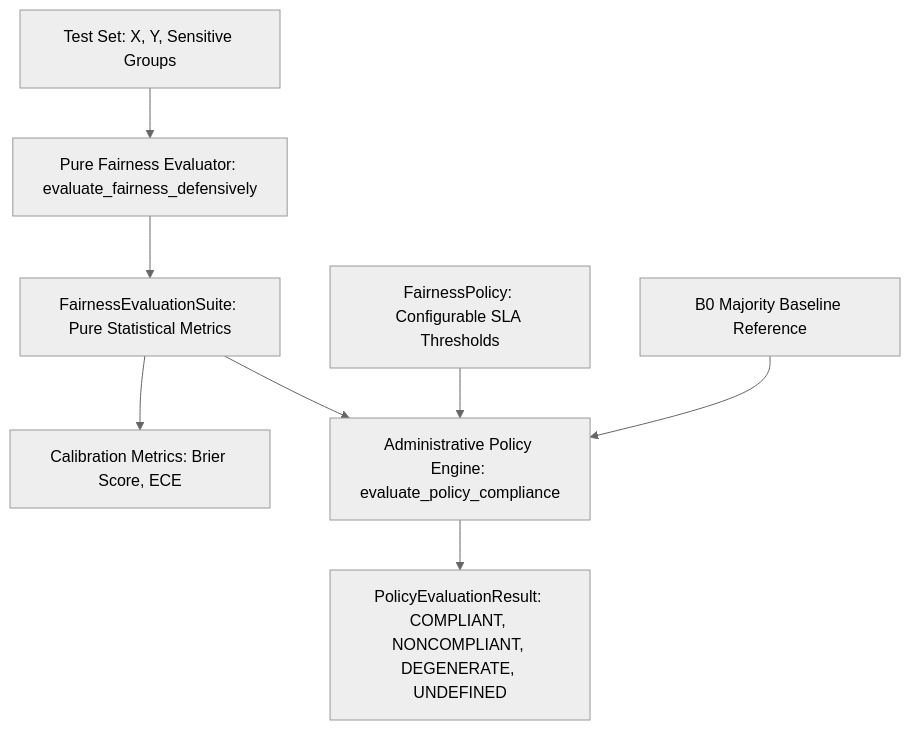
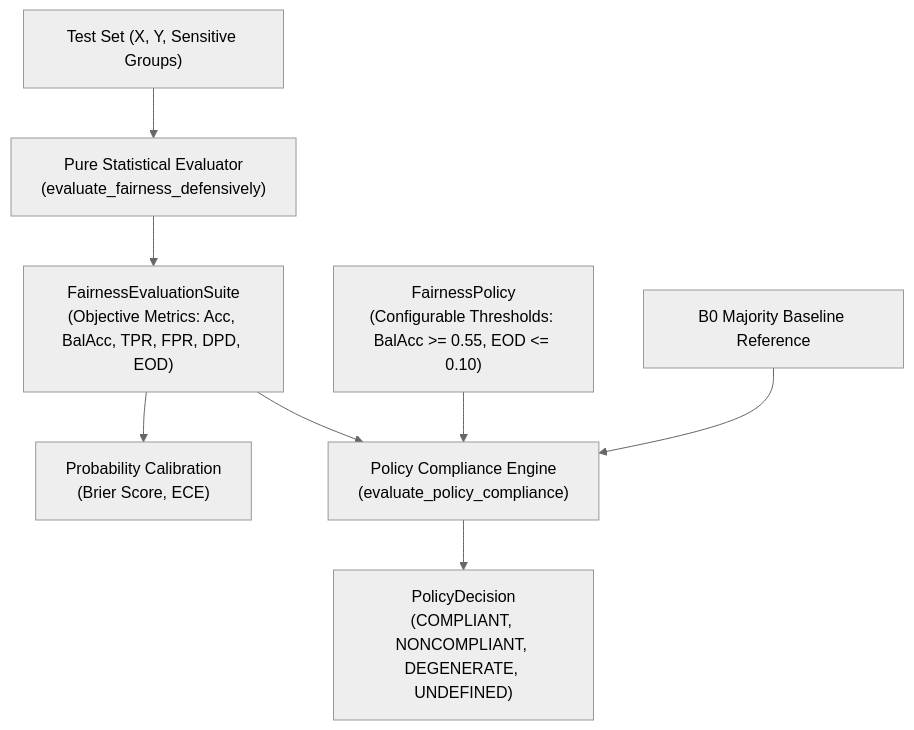
Before and after one commit to VaradaGovind/algorithmic-fairness-analysis: the diagram in docs/BENCHMARK_VALIDITY.md, drawn with Mermaid (neutral theme). The commit also changed other lines of this file and 14 other files, not shown here.

````diff
--- a/docs/BENCHMARK_VALIDITY.md
+++ b/docs/BENCHMARK_VALIDITY.md
@@ -55,10 +59,10 @@
 ```mermaid
 graph TD
-    Data[Test Set: X, Y, Sensitive Groups] --> Evaluator[Pure Fairness Evaluator: evaluate_fairness_defensively]
-    Evaluator --> Suite[FairnessEvaluationSuite: Pure Statistical Metrics]
-    Suite --> Calibration[Calibration Metrics: Brier Score, ECE]
-    Suite --> PolicyEngine[Administrative Policy Engine: evaluate_policy_compliance]
-    Policy[FairnessPolicy: Configurable SLA Thresholds] --> PolicyEngine
-    Baseline[B0 Majority Baseline Reference] --> PolicyEngine
-    PolicyEngine --> Decision[PolicyEvaluationResult: COMPLIANT, NONCOMPLIANT, DEGENERATE, UNDEFINED]
+    Data["Test Set (X, Y, Sensitive Groups)"] --> Evaluator["Pure Statistical Evaluator<br/>(evaluate_fairness_defensively)"]
+    Evaluator --> Suite["FairnessEvaluationSuite<br/>(Objective Metrics: Acc, BalAcc, TPR, FPR, DPD, EOD)"]
+    Suite --> Calibration["Probability Calibration<br/>(Brier Score, ECE)"]
+    Suite --> PolicyEngine["Policy Compliance Engine<br/>(evaluate_policy_compliance)"]
+    Policy["FairnessPolicy<br/>(Configurable Thresholds: BalAcc >= 0.55, EOD <= 0.10)"] --> PolicyEngine
+    Baseline["B0 Majority Baseline Reference"] --> PolicyEngine
+    PolicyEngine --> Decision["PolicyDecision<br/>(COMPLIANT, NONCOMPLIANT, DEGENERATE, UNDEFINED)"]
 ```
````
